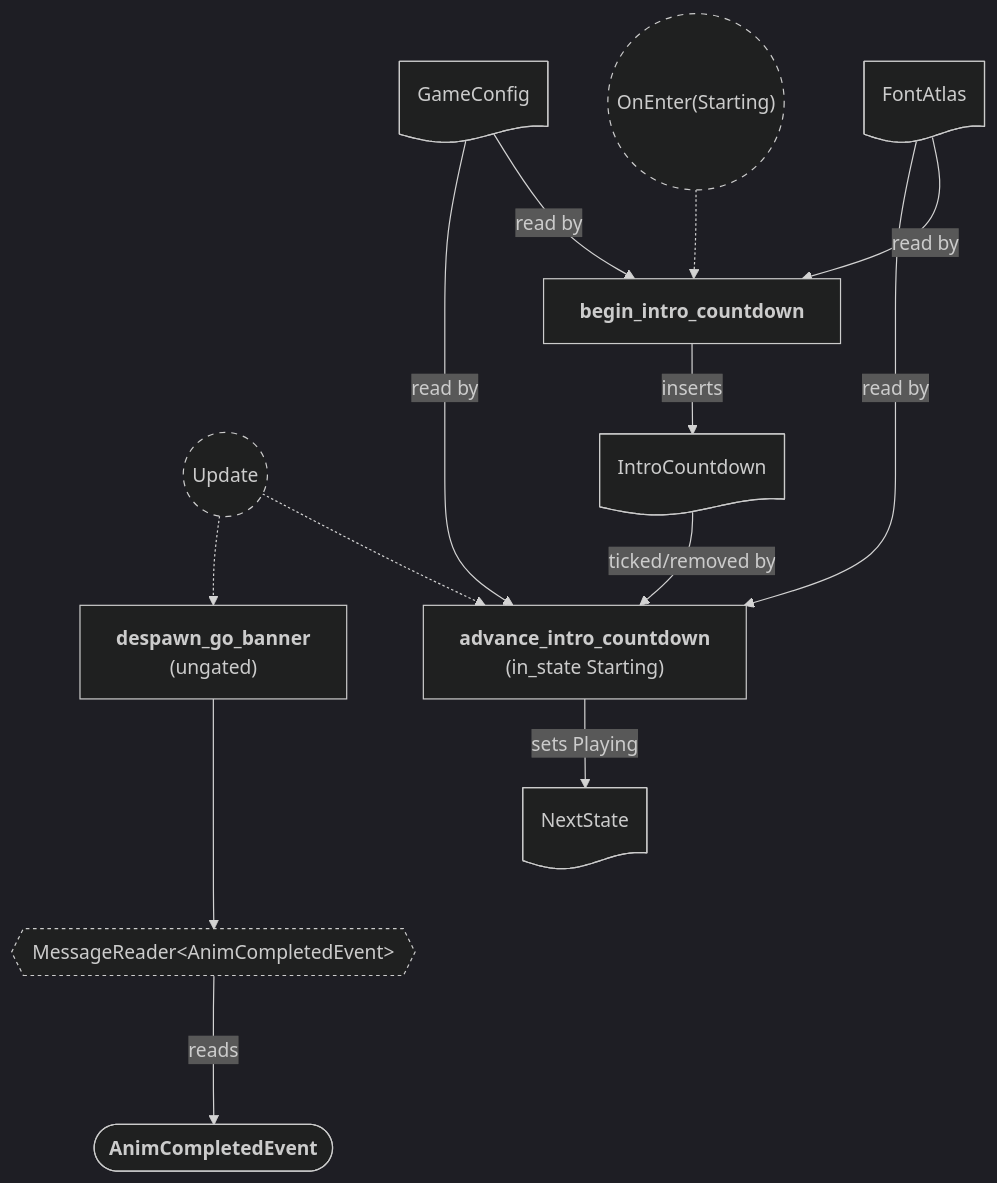
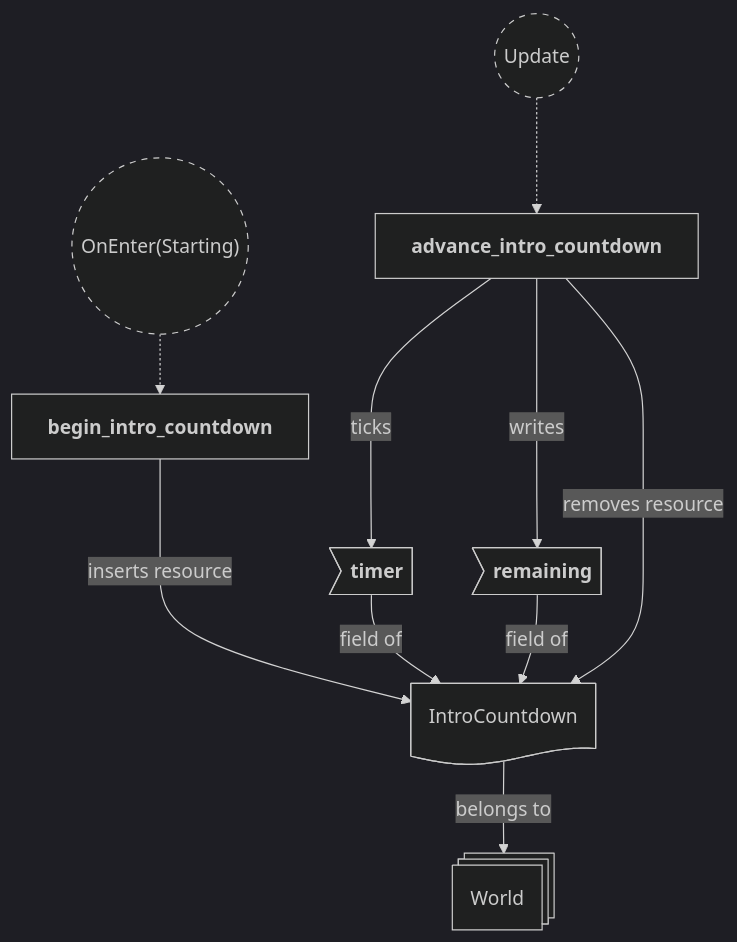
The third of 8 diagrams in backlog/docs/doc-16 - 014-Round-intro.md (neurosoup/tyled), drawn with Mermaid before and after one commit. The commit also changed other lines of this file, not shown here.

Commit message:
Docs: update doc-16 round intro to code and simplify text

````diff
--- a/backlog/docs/doc-16 - 014-Round-intro.md
+++ b/backlog/docs/doc-16 - 014-Round-intro.md
@@ -63,41 +100,32 @@
 ```mermaid
 ---
 config:
   theme: dark
 ---
 
 flowchart TD
 classDef system-group stroke-dasharray: 5 5
-classDef reader stroke-dasharray: 3 3
 
-on_starting(("`OnEnter(Starting)`")):::system-group
+enter_starting(("`OnEnter(Starting)`")):::system-group
 update(("`Update`")):::system-group
+begin_intro_countdown["`**begin_intro_countdown**`"]
+advance_intro_countdown["`**advance_intro_countdown**`"]
 
-begin["`**begin_intro_countdown**`"]
-advance["`**advance_intro_countdown**
-(in_state Starting)`"]
-despawn["`**despawn_go_banner**
-(ungated)`"]
+enter_starting -.-> begin_intro_countdown
+update -.-> advance_intro_countdown
 
-on_starting -.-> begin
-update -.-> advance
-update -.-> despawn
+world@{ shape: st-rect, label: "World" }
+intro_res@{ shape: doc, label: "IntroCountdown" }
 
-font_res@{ shape: doc, label: "FontAtlas" }
-config_res@{ shape: doc, label: "GameConfig" }
-intro_res@{ shape: doc, label: "IntroCountdown" }
-next_state@{ shape: doc, label: "NextState<RoundPhase>" }
+ic_timer>"`**timer**`"]
+ic_remaining>"`**remaining**`"]
 
-despawn_reader{{"MessageReader#60;AnimCompletedEvent#62;"}}:::reader
-anim_message(["`**AnimCompletedEvent**`"])
+intro_res --> |belongs to| world
+ic_timer --> |field of| intro_res
+ic_remaining --> |field of| intro_res
 
-font_res --> |read by| begin
-config_res --> |read by| begin
-begin --> |inserts| intro_res
-font_res --> |read by| advance
-config_res --> |read by| advance
-intro_res --> |ticked/removed by| advance
-advance --> |sets Playing| next_state
-despawn ---> despawn_reader
-despawn_reader ---> |reads| anim_message
+begin_intro_countdown ---> |inserts resource| intro_res
+advance_intro_countdown ---> |ticks| ic_timer
+advance_intro_countdown ---> |writes| ic_remaining
+advance_intro_countdown ---> |removes resource| intro_res
 ```
````
